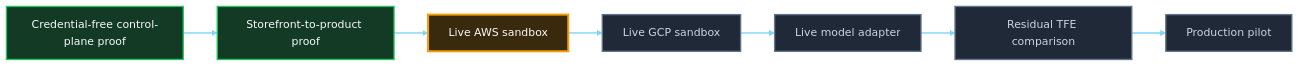
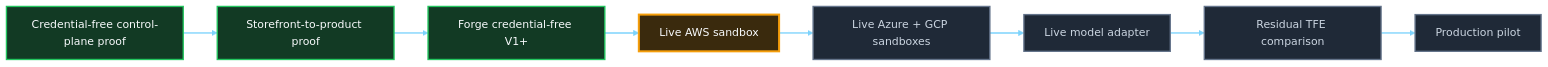
One commit to SAABOLImpactVenture/ai-powered-infrastructure-as-a-product changed the sixth of 6 diagrams in README.md. Above: the diagram before and after it, drawn with Mermaid (neutral theme). The commit also changed other lines of this file and 2 other files, not shown here.

Commit message:
Reconcile architecture front door with proven Forge evidence (#128)
Pin the proven Forge revision, add Forge to the architecture portfolio, preserve Guard and authority boundaries, and record live/cloud/commercial gates without unsupported claims.

````diff
--- a/README.md
+++ b/README.md
@@ -525,17 +536,18 @@
 ```mermaid
 flowchart LR
   G0[Credential-free control-plane proof] --> G1[Storefront-to-product proof]
-  G1 --> G2[Live AWS sandbox]
-  G2 --> G3[Live GCP sandbox]
-  G3 --> G4[Live model adapter]
-  G4 --> G5[Residual TFE comparison]
-  G5 --> G6[Production pilot]
+  G1 --> G2[Forge credential-free V1+]
+  G2 --> G3[Live AWS sandbox]
+  G3 --> G4[Live Azure + GCP sandboxes]
+  G4 --> G5[Live model adapter]
+  G5 --> G6[Residual TFE comparison]
+  G6 --> G7[Production pilot]
 
   classDef complete fill:#123A24,stroke:#22C55E,stroke-width:2px,color:#F8FAFC
   classDef next fill:#3A2A0D,stroke:#F59E0B,stroke-width:3px,color:#F8FAFC
   classDef future fill:#1F2937,stroke:#64748B,stroke-width:2px,color:#CBD5E1
-  class G0,G1 complete
-  class G2 next
-  class G3,G4,G5,G6 future
+  class G0,G1,G2 complete
+  class G3 next
+  class G4,G5,G6,G7 future
   linkStyle default stroke:#7DD3FC,stroke-width:2px
 ```
````
